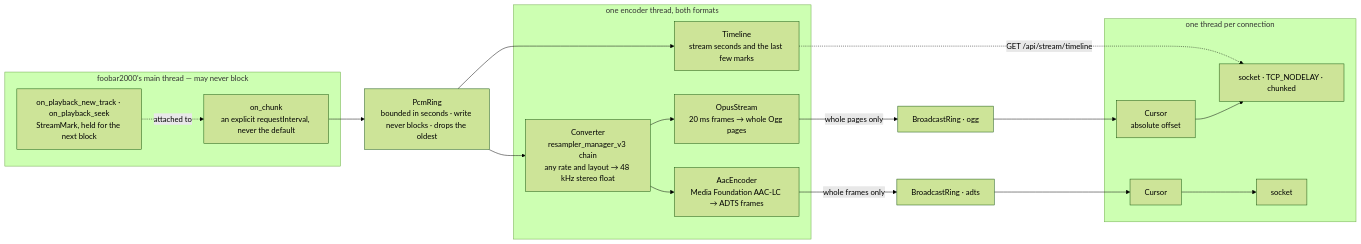
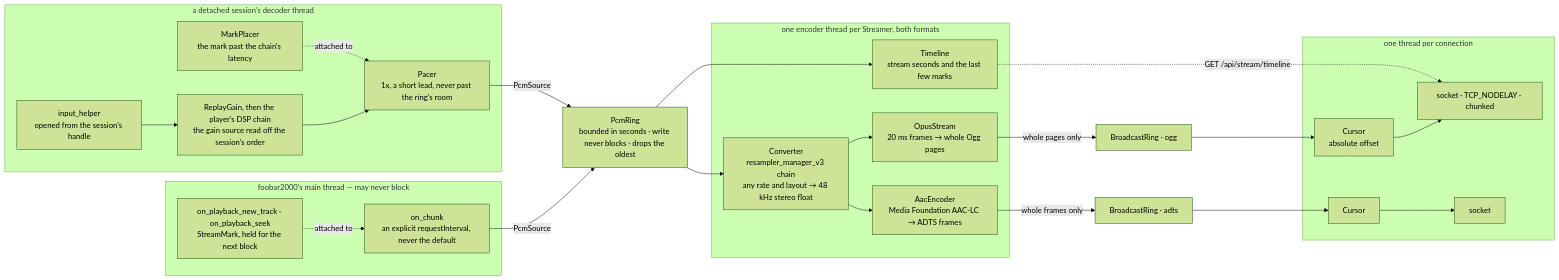
One commit to enrique-ramirez/jean changed the second of 2 diagrams in plugins/fb2k/ARCHITECTURE.md. Above: the diagram before and after it, drawn with Mermaid (forest theme). The commit also changed other lines of this file and 96 other files, not shown here.

Commit message:
foo_jean: detached playback sessions, each with its own queue, order, transport and stream beside the player's own, and outputSilent on the state poll

````diff
--- a/plugins/fb2k/ARCHITECTURE.md
+++ b/plugins/fb2k/ARCHITECTURE.md
@@ -93,38 +109,47 @@
 ```mermaid
 flowchart LR
   subgraph mt["foobar2000's main thread — may never block"]
     ch["on_chunk<br/>an explicit requestInterval, never the default"]
     mk["on_playback_new_track · on_playback_seek<br/>StreamMark, held for the next block"]
   end
 
+  subgraph dt["a detached session's decoder thread"]
+    ih["input_helper<br/>opened from the session's handle"]
+    fx["ReplayGain, then the player's DSP chain<br/>the gain source read off the session's order"]
+    pc["Pacer<br/>1x, a short lead, never past the ring's room"]
+    ml["MarkPlacer<br/>the mark past the chain's latency"]
+  end
+
   pcm["PcmRing<br/>bounded in seconds · write never blocks · drops the oldest"]
 
-  subgraph enc["one encoder thread, both formats"]
+  subgraph enc["one encoder thread per Streamer, both formats"]
     conv["Converter<br/>resampler_manager_v3 chain<br/>any rate and layout → 48 kHz stereo float"]
     op["OpusStream<br/>20 ms frames → whole Ogg pages"]
     ac["AacEncoder<br/>Media Foundation AAC-LC → ADTS frames"]
     tl["Timeline<br/>stream seconds and the last few marks"]
   end
 
   ogg["BroadcastRing · ogg"]
   adts["BroadcastRing · adts"]
 
   subgraph conns["one thread per connection"]
     c1["Cursor<br/>absolute offset"]
     c2["Cursor"]
     s1["socket · TCP_NODELAY · chunked"]
     s2["socket"]
   end
 
   mk -.->|attached to| ch
-  ch --> pcm
+  ch -->|PcmSource| pcm
+  ih --> fx --> pc -->|PcmSource| pcm
+  ml -.->|attached to| pc
   pcm --> conv
   pcm --> tl
   conv --> op
   conv --> ac
   op -->|whole pages only| ogg
   ac -->|whole frames only| adts
   ogg --> c1 --> s1
   adts --> c2 --> s2
   tl -.->|GET /api/stream/timeline| s1
 ```
````
